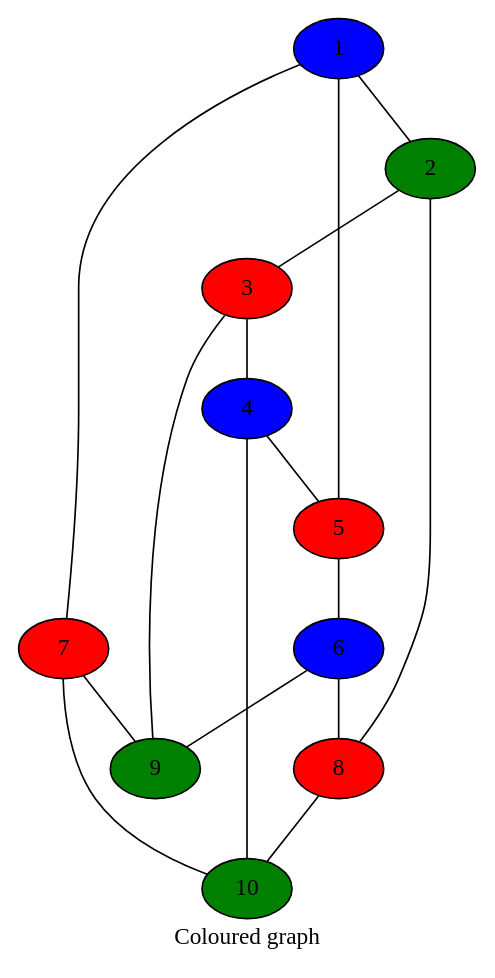
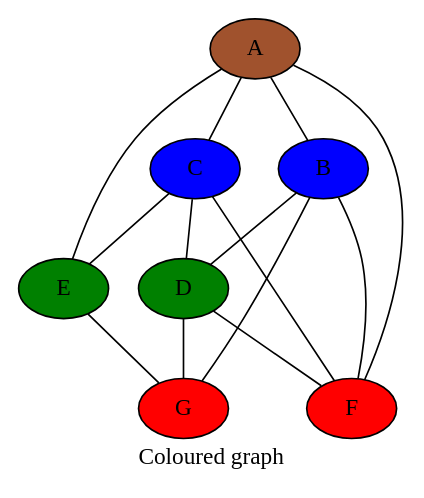
One commit to sallareznov/m1s2 changed the diagram in AeA/partie2/tp3/greedy.dot. Above: the diagram before and after it, drawn with Graphviz. The commit also changed 12 other files, not shown here.

```diff
--- a/AeA/partie2/tp3/greedy.dot
+++ b/AeA/partie2/tp3/greedy.dot
@@ -1,28 +1,23 @@
 graph {
 label="Coloured graph"
-6[label="6", style="filled", color="black", fillcolor="blue"]
-10[label="10", style="filled", color="black", fillcolor="green"]
-5[label="5", style="filled", color="black", fillcolor="red"]
-8[label="8", style="filled", color="black", fillcolor="red"]
-7[label="7", style="filled", color="black", fillcolor="red"]
-2[label="2", style="filled", color="black", fillcolor="green"]
-1[label="1", style="filled", color="black", fillcolor="blue"]
-4[label="4", style="filled", color="black", fillcolor="blue"]
-3[label="3", style="filled", color="black", fillcolor="red"]
-9[label="9", style="filled", color="black", fillcolor="green"]
-1 -- 2
-1 -- 5
-1 -- 7
-2 -- 3
-2 -- 8
-3 -- 4
-3 -- 9
-4 -- 5
-4 -- 10
-5 -- 6
-6 -- 8
-6 -- 9
-7 -- 9
-7 -- 10
-8 -- 10
+G[label="G", style="filled", color="black", fillcolor="red"]
+E[label="E", style="filled", color="black", fillcolor="green"]
+F[label="F", style="filled", color="black", fillcolor="red"]
+C[label="C", style="filled", color="black", fillcolor="blue"]
+D[label="D", style="filled", color="black", fillcolor="green"]
+A[label="A", style="filled", color="black", fillcolor="sienna"]
+B[label="B", style="filled", color="black", fillcolor="blue"]
+A -- B
+A -- C
+A -- E
+A -- F
+B -- D
+B -- F
+B -- G
+C -- D
+C -- E
+C -- F
+D -- F
+D -- G
+E -- G
 }
```
